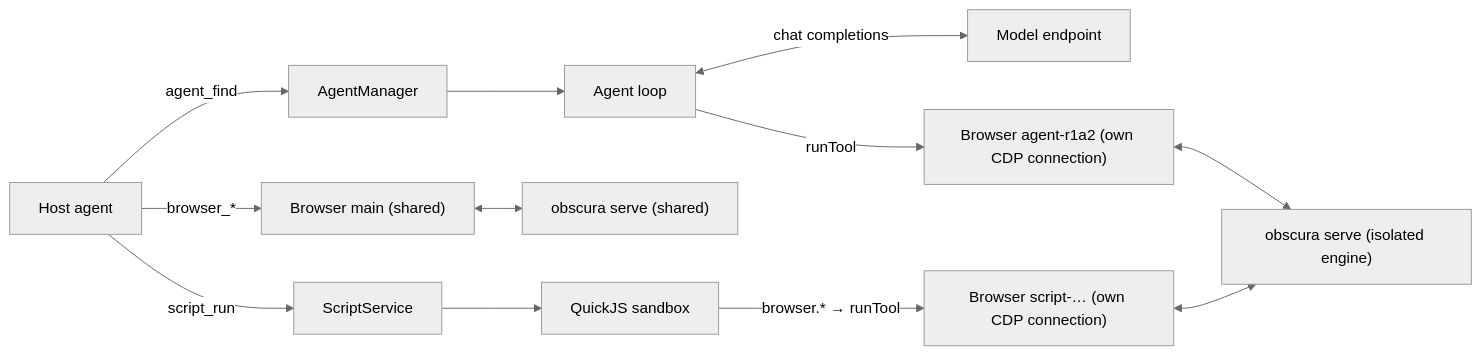
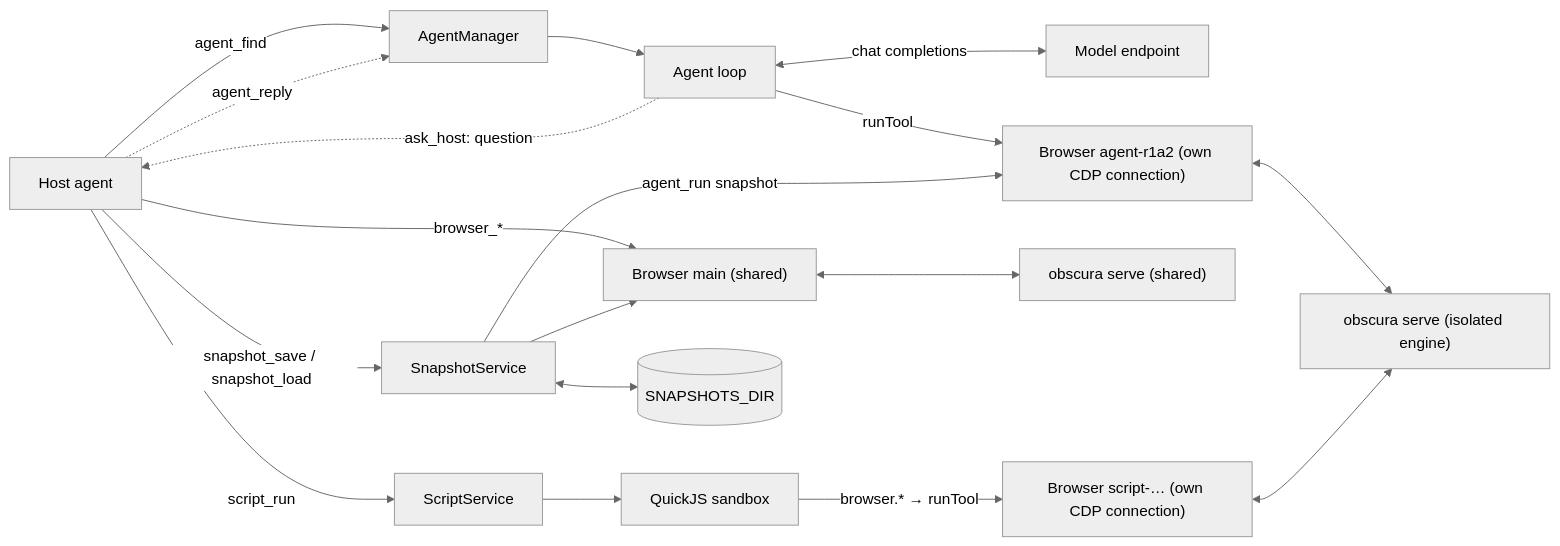
The second of 2 diagrams in docs/ARCHITECTURE.md (tanishmeh/stealth-web-search), drawn with Mermaid (neutral theme) before and after one commit. The commit also changed other lines of this file and 14 other files, not shown here.

Commit message:
Docs: sub-agent questions and browser snapshots

````diff
--- a/docs/ARCHITECTURE.md
+++ b/docs/ARCHITECTURE.md
@@ -64,11 +67,17 @@
 ```mermaid
 flowchart LR
     Host["Host agent"] -->|agent_find| Mgr["AgentManager"]
     Mgr --> Loop["Agent loop"]
     Loop <-->|chat completions| LLM["Model endpoint"]
     Loop -->|runTool| B2["Browser agent-r1a2 (own CDP connection)"]
     Host -->|browser_*| B1["Browser main (shared)"]
     B1 <--> Obscura["obscura serve (shared)"]
     B2 <--> ObscuraIso["obscura serve (isolated engine)"]
     Host -->|script_run| Svc["ScriptService"] --> QJS["QuickJS sandbox"] -->|browser.* → runTool| B3["Browser script-… (own CDP connection)"] <--> ObscuraIso
+    Loop -.->|"ask_host: question"| Host
+    Host -.->|agent_reply| Mgr
+    Host -->|"snapshot_save / snapshot_load"| Snap["SnapshotService"]
+    Snap <--> Store[("SNAPSHOTS_DIR")]
+    Snap -->|"agent_run snapshot"| B2
+    Snap --> B1
 ```
````
